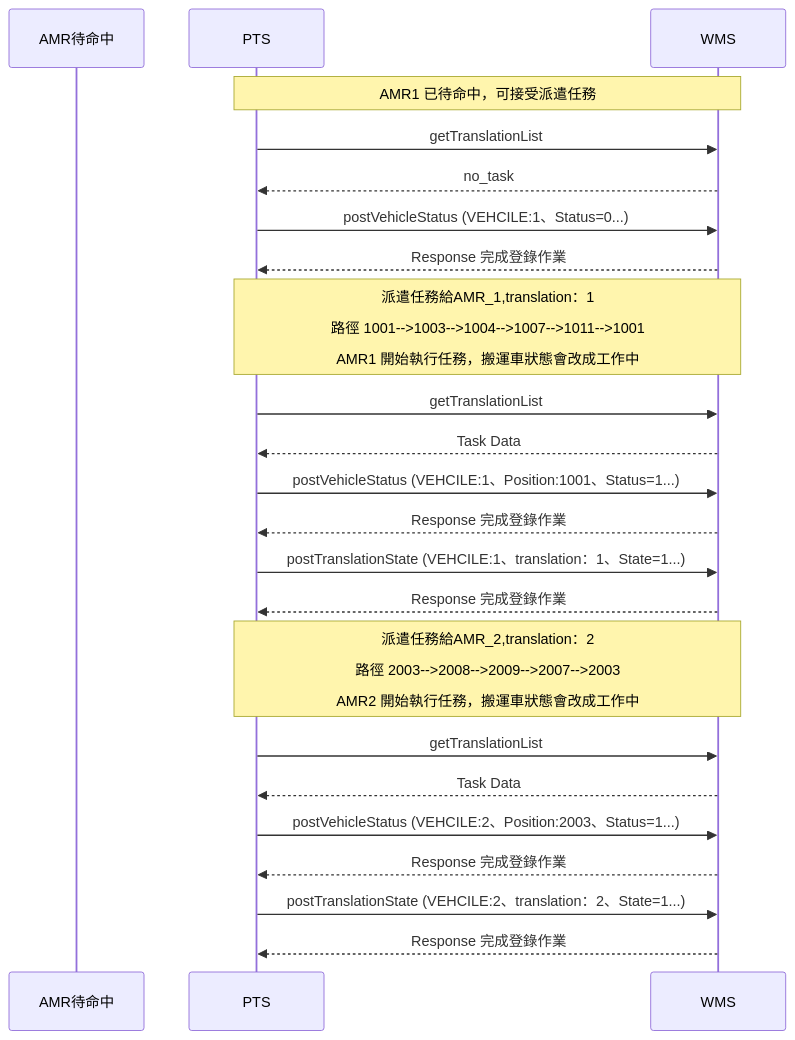
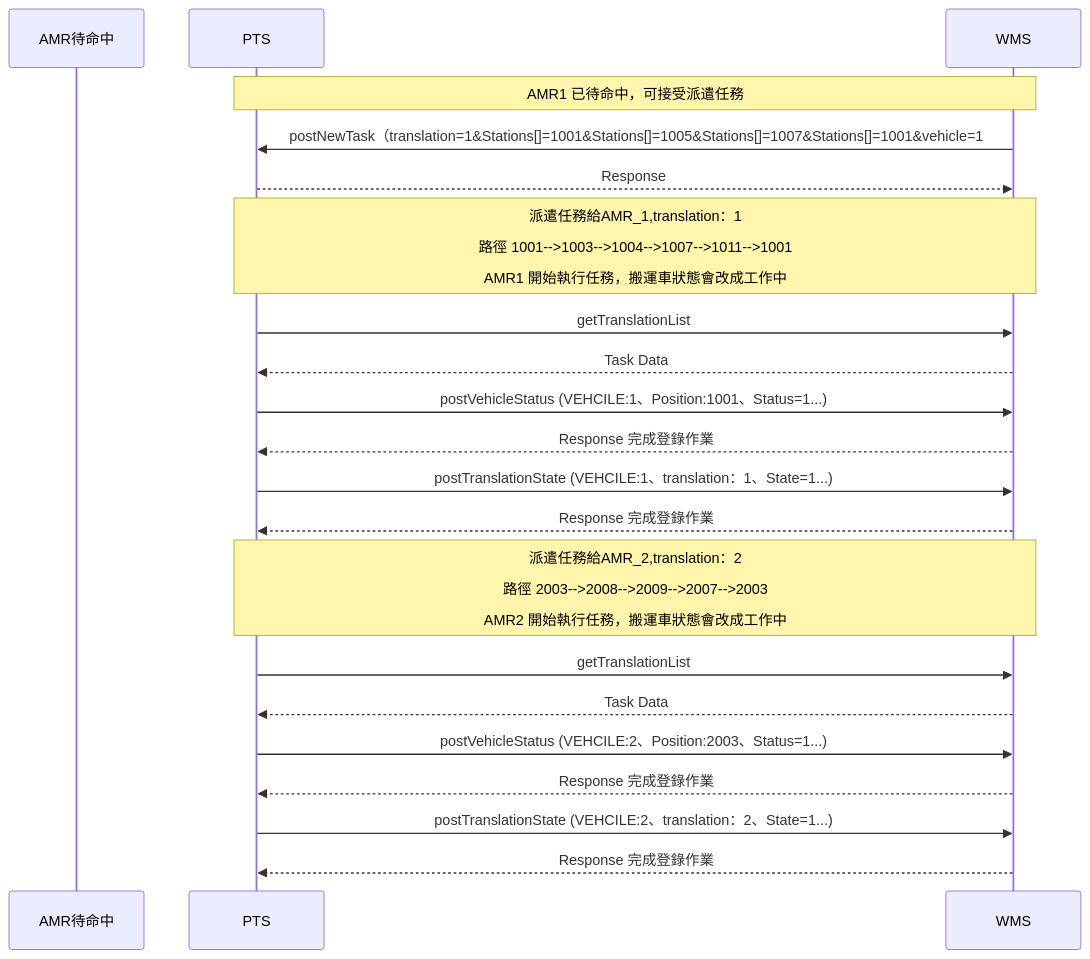
The sixth of 9 diagrams in README.md (athena-tircgo/amr-wms-lsj), drawn with Mermaid before and after one commit. The commit also changed other lines of this file, not shown here.

````diff
--- a/README.md
+++ b/README.md
@@ -366,29 +376,28 @@
 ```mermaid
 sequenceDiagram
     participant AMR待命中
     participant PTS
     participant WMS
 
 note over PTS,WMS: AMR1 已待命中，可接受派遣任務
-        PTS->>WMS: getTranslationList
-        WMS-->>PTS: no_task
-        PTS->>WMS: postVehicleStatus (VEHCILE:1、Status=0...)
-        WMS-->>PTS: Response 完成登錄作業
+        WMS->>PTS: postNewTask（translation=1&Stations[]=1001&Stations[]=1005&Stations[]=1007&Stations[]=1001&vehicle=1
+        PTS-->>WMS: Response
+
         
 note over PTS,WMS: 派遣任務給AMR_1,translation：1<br><br>路徑 1001-->1003-->1004-->1007-->1011-->1001<br><br>AMR1 開始執行任務，搬運車狀態會改成工作中
      PTS->>WMS: getTranslationList
      WMS-->>PTS: Task Data
      PTS->>WMS: postVehicleStatus (VEHCILE:1、Position:1001、Status=1...)
      WMS-->>PTS: Response 完成登錄作業
      PTS->>WMS: postTranslationState (VEHCILE:1、translation：1、State=1...)
      WMS-->>PTS: Response 完成登錄作業
 
 note over PTS,WMS: 派遣任務給AMR_2,translation：2<br><br>路徑 2003-->2008-->2009-->2007-->2003<br><br>AMR2 開始執行任務，搬運車狀態會改成工作中
      PTS->>WMS: getTranslationList
      WMS-->>PTS: Task Data
      PTS->>WMS: postVehicleStatus (VEHCILE:2、Position:2003、Status=1...)
      WMS-->>PTS: Response 完成登錄作業
      PTS->>WMS: postTranslationState (VEHCILE:2、translation：2、State=1...)
      WMS-->>PTS: Response 完成登錄作業
 
 ```
````
